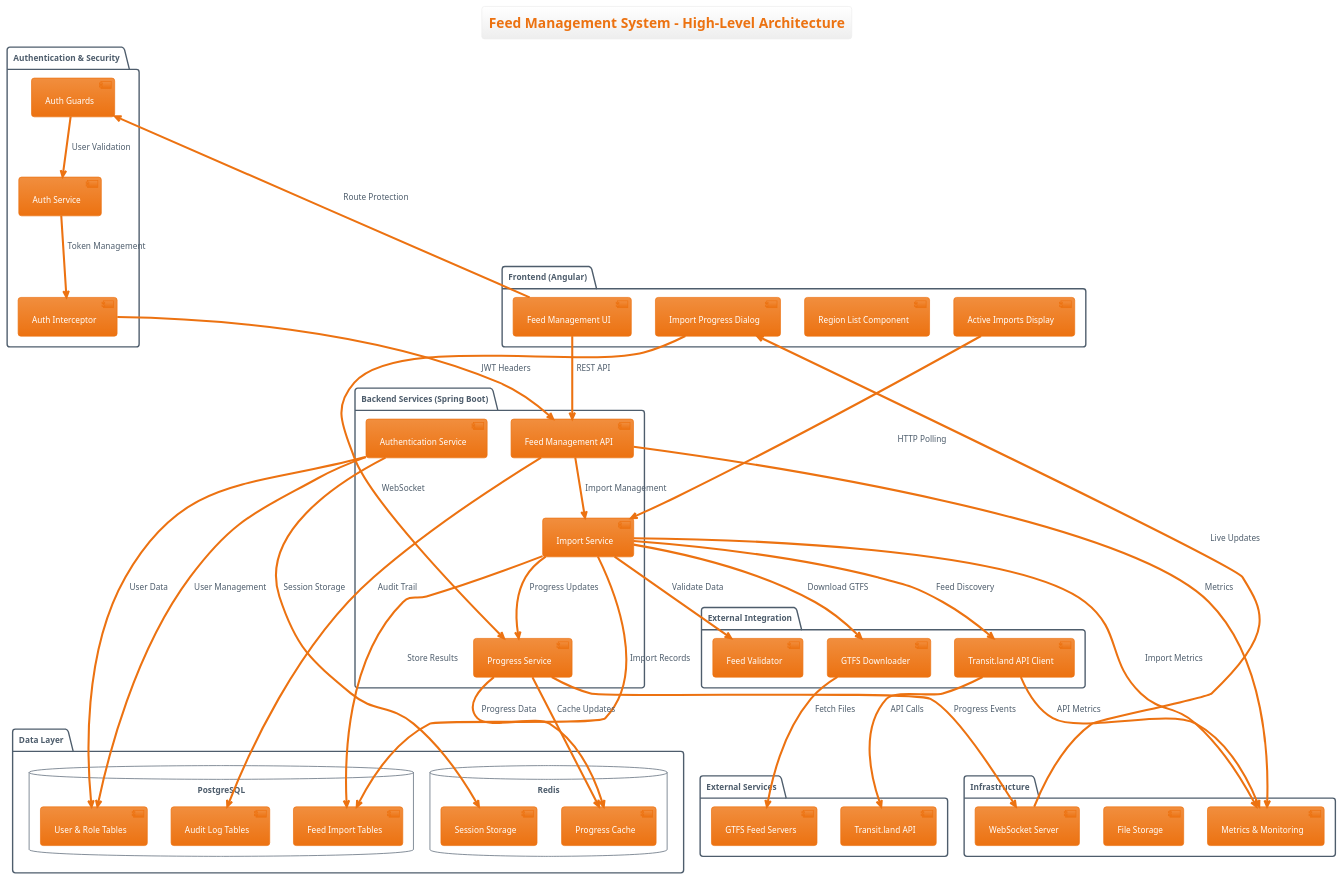
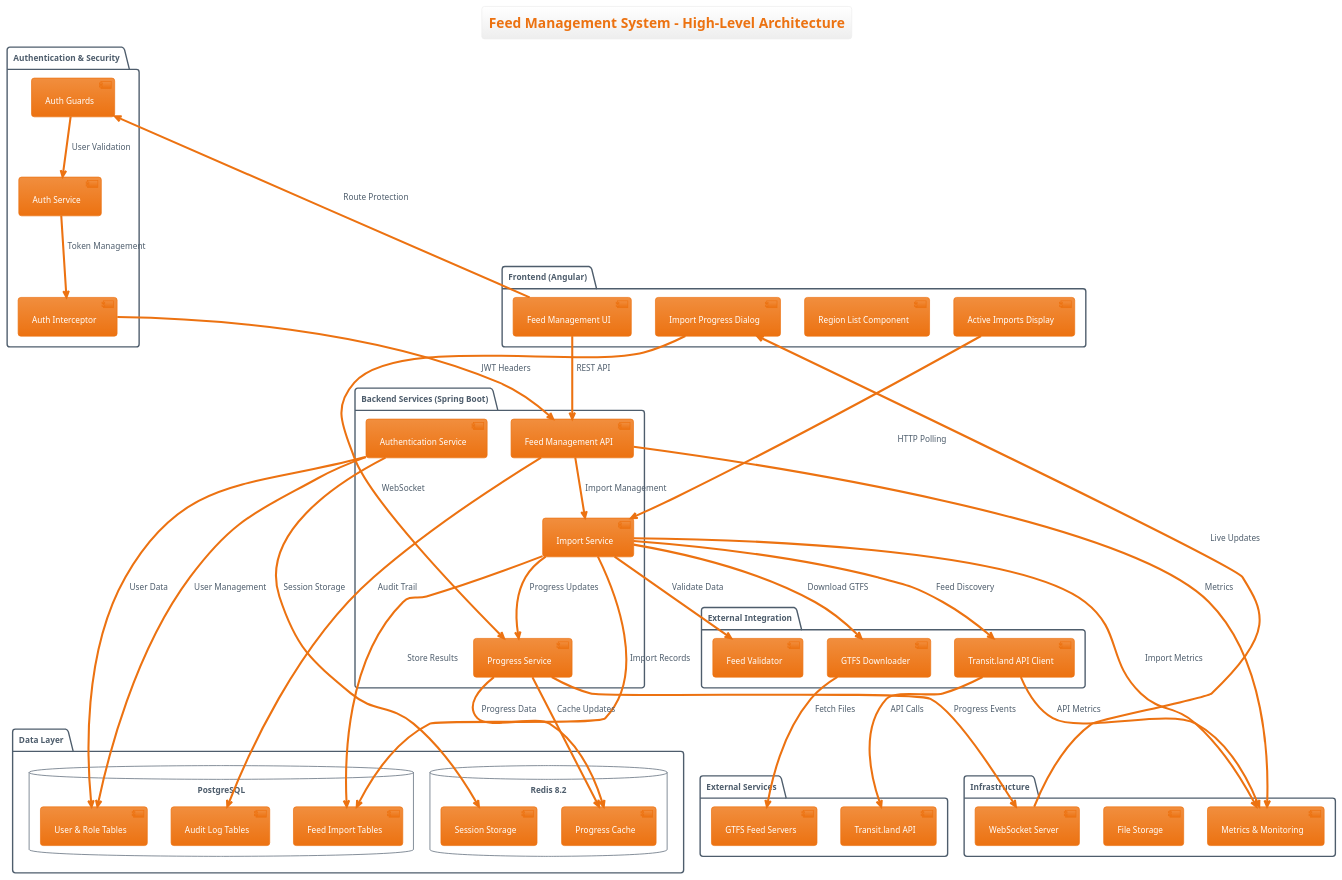
The diagram in docs/architecture/feed-management-system.puml (landovskis/mobilispect), drawn with PlantUML before and after one commit. The commit also changed 14 other files, not shown here.

```diff
--- a/docs/architecture/feed-management-system.puml
+++ b/docs/architecture/feed-management-system.puml
@@ -1,99 +1,99 @@
 @startuml Feed Management System Architecture
 
 !theme aws-orange
 title Feed Management System - High-Level Architecture
 
 package "Frontend (Angular)" {
   [Feed Management UI] as FME
   [Region List Component] as RLC
   [Import Progress Dialog] as IPD
   [Active Imports Display] as AID
 }
 
 package "Authentication & Security" {
   [Auth Guards] as AG
   [Auth Service] as AS
   [Auth Interceptor] as AI
 }
 
 package "Backend Services (Spring Boot)" {
   [Feed Management API] as FMA
   [Import Service] as IS
   [Progress Service] as PS
   [Authentication Service] as AUS
 }
 
 package "External Integration" {
   [Transit.land API Client] as TAC
   [GTFS Downloader] as GD
   [Feed Validator] as FV
 }
 
 package "Data Layer" {
   database "PostgreSQL" {
     [Feed Import Tables] as FIT
     [User & Role Tables] as URT
     [Audit Log Tables] as ALT
   }
 
-  database "Redis" {
+  database "Redis 8.2" {
     [Progress Cache] as PC
     [Session Storage] as SS
   }
 }
 
 package "Infrastructure" {
   [WebSocket Server] as WSS
   [File Storage] as FS
   [Metrics & Monitoring] as MM
 }
 
 package "External Services" {
   [Transit.land API] as TLA
   [GTFS Feed Servers] as GFS
 }
 
 ' Frontend to Backend connections
 FME --> FMA : REST API
 IPD --> PS : WebSocket
 AID --> IS : HTTP Polling
 
 ' Authentication flow
 FME --> AG : Route Protection
 AG --> AS : User Validation
 AS --> AI : Token Management
 AI --> FMA : JWT Headers
 
 ' Backend service interactions
 FMA --> IS : Import Management
 IS --> PS : Progress Updates
 IS --> TAC : Feed Discovery
 TAC --> TLA : API Calls
 
 ' Import process flow
 IS --> GD : Download GTFS
 GD --> GFS : Fetch Files
 IS --> FV : Validate Data
 IS --> FIT : Store Results
 
 ' Real-time updates
 PS --> WSS : Progress Events
 WSS --> IPD : Live Updates
 PS --> PC : Cache Updates
 
 ' Authentication backend
 AUS --> URT : User Management
 AUS --> SS : Session Storage
 
 ' Monitoring and observability
 FMA --> MM : Metrics
 IS --> MM : Import Metrics
 TAC --> MM : API Metrics
 
 ' Data persistence
 IS --> FIT : Import Records
 PS --> PC : Progress Data
 AUS --> URT : User Data
 FMA --> ALT : Audit Trail
 
 @enduml
```
